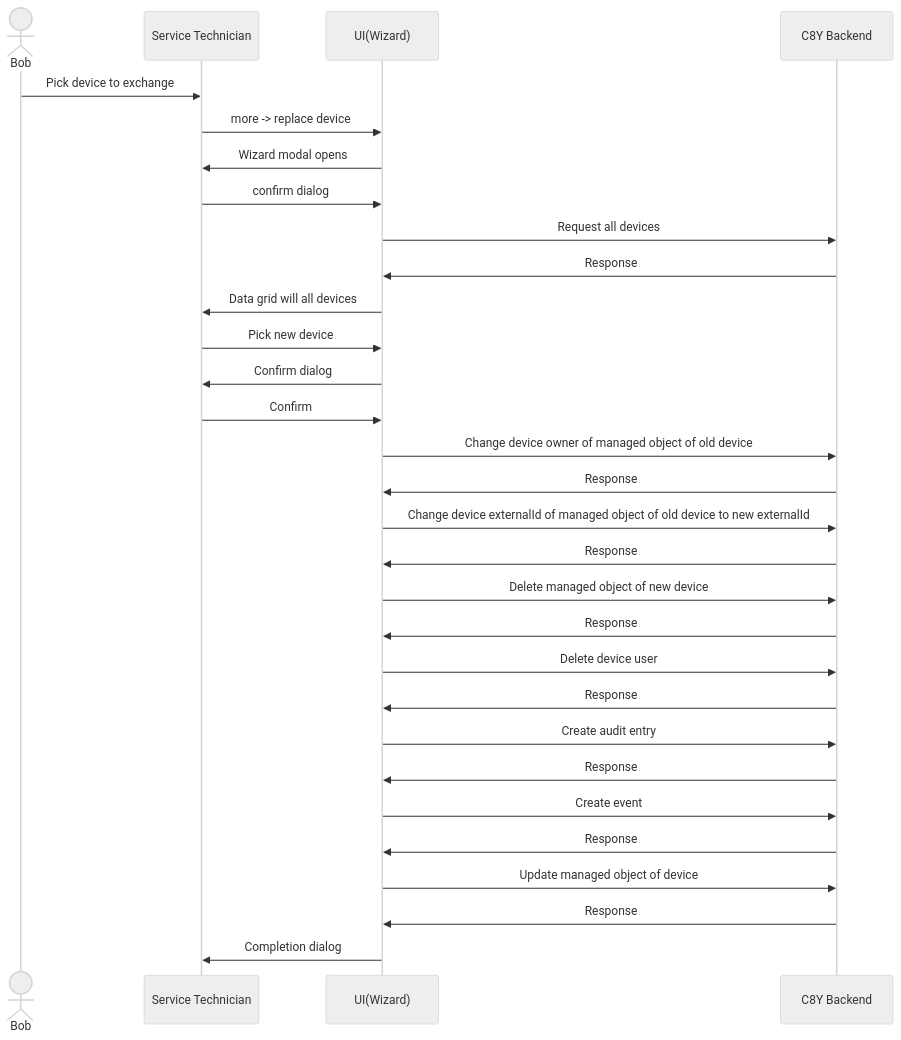
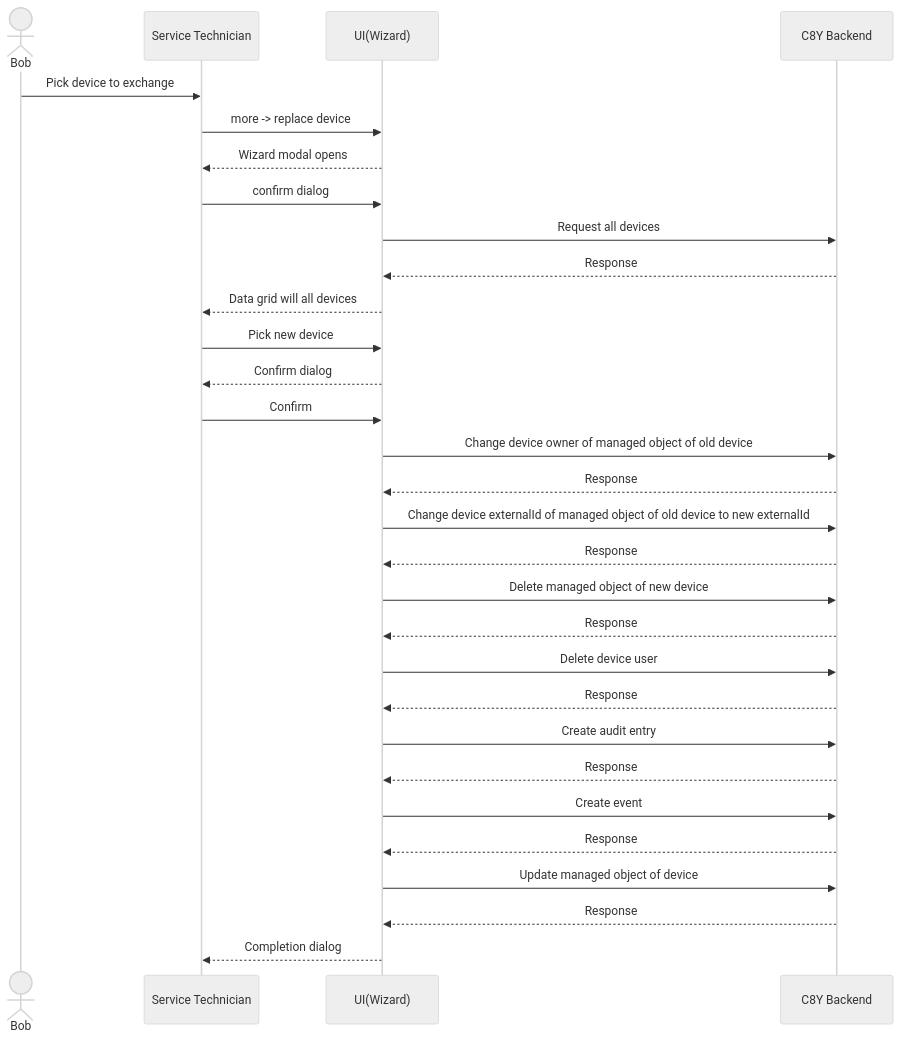
One commit to Cumulocity-IoT/cumulocity-iot-replacement-wizard-plugin changed the diagram in README.md. Above: the diagram before and after it, drawn with Mermaid (neutral theme).

Commit message:
uml tweaks

````diff
--- a/README.md
+++ b/README.md
@@ -60,33 +60,33 @@
 ```mermaid
 sequenceDiagram
     actor Bob
     participant Service Technician
     participant UI(Wizard)
     participant C8Y Backend
     Bob ->> Service Technician: Pick device to exchange
     Service Technician ->> UI(Wizard): more -> replace device
-    UI(Wizard) ->> Service Technician: Wizard modal opens
+    UI(Wizard) -->> Service Technician: Wizard modal opens
     Service Technician ->> UI(Wizard): confirm dialog
     UI(Wizard) ->> C8Y Backend: Request all devices
-    C8Y Backend ->> UI(Wizard): Response
-    UI(Wizard) ->> Service Technician: Data grid will all devices
+    C8Y Backend -->> UI(Wizard): Response
+    UI(Wizard) -->> Service Technician: Data grid will all devices
     Service Technician ->> UI(Wizard): Pick new device
-    UI(Wizard) ->> Service Technician: Confirm dialog
+    UI(Wizard) -->> Service Technician: Confirm dialog
     Service Technician ->> UI(Wizard): Confirm
     UI(Wizard) ->> C8Y Backend: Change device owner of managed object of old device
-    C8Y Backend ->> UI(Wizard): Response
+    C8Y Backend -->> UI(Wizard): Response
     UI(Wizard) ->> C8Y Backend: Change device externalId of managed object of old device to new externalId
-    C8Y Backend ->> UI(Wizard): Response
+    C8Y Backend -->> UI(Wizard): Response
     UI(Wizard) ->> C8Y Backend: Delete managed object of new device
-    C8Y Backend ->> UI(Wizard): Response
+    C8Y Backend -->> UI(Wizard): Response
     UI(Wizard) ->> C8Y Backend: Delete device user
-    C8Y Backend ->> UI(Wizard): Response
+    C8Y Backend -->> UI(Wizard): Response
     UI(Wizard) ->> C8Y Backend: Create audit entry
-    C8Y Backend ->> UI(Wizard): Response
+    C8Y Backend -->> UI(Wizard): Response
     UI(Wizard) ->> C8Y Backend: Create event
-    C8Y Backend ->> UI(Wizard): Response
+    C8Y Backend -->> UI(Wizard): Response
     UI(Wizard) ->> C8Y Backend: Update managed object of device
-    C8Y Backend ->> UI(Wizard): Response
-    UI(Wizard) ->> Service Technician: Completion dialog
+    C8Y Backend -->> UI(Wizard): Response
+    UI(Wizard) -->> Service Technician: Completion dialog
 
 ```
````
